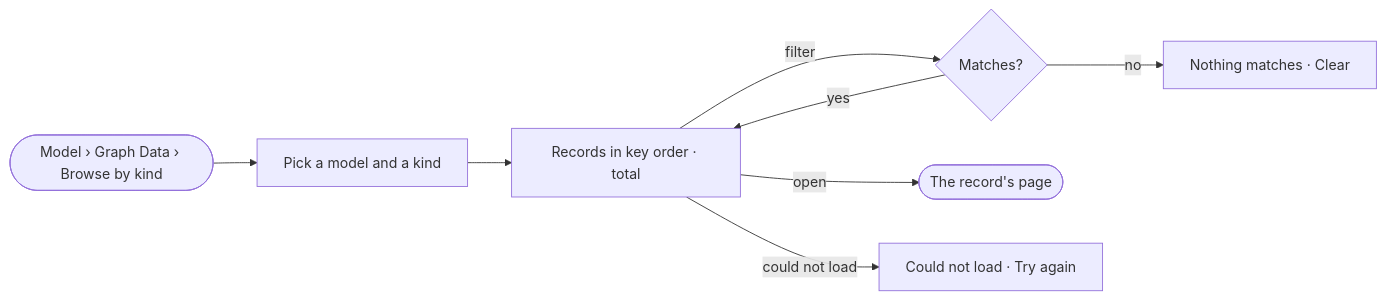
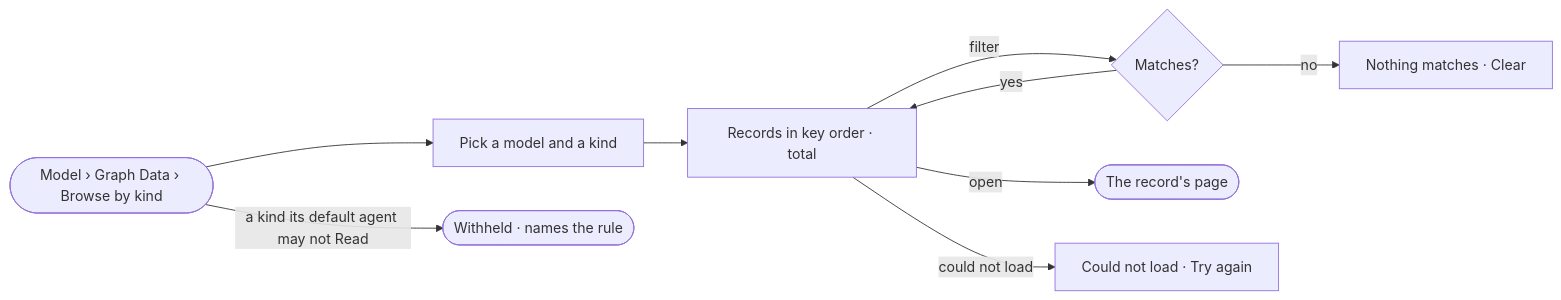
Before and after one commit to invana/invana: the diagram in specs/capabilities/records/features/RC-F01-records-by-kind/stories/RC-01-browse-the-records-of-a-kind/story.md, drawn with Mermaid. The commit also changed other lines of this file and 54 other files, not shown here.

First line of the commit message:
docs(specs): many graph databases by access, links within one database, Model views restored

````diff
--- a/specs/capabilities/records/features/RC-F01-records-by-kind/stories/RC-01-browse-the-records-of-a-kind/story.md
+++ b/specs/capabilities/records/features/RC-F01-records-by-kind/stories/RC-01-browse-the-records-of-a-kind/story.md
@@ -27,9 +27,10 @@
 ```mermaid
 flowchart LR
   a([Model › Graph Data › Browse by kind]) --> k[Pick a model and a kind] --> l[Records in key order · total]
   l -->|filter| fl{Matches?}
   fl -->|no| ef[Nothing matches · Clear]
   fl -->|yes| l
   l -->|open| r([The record's page])
   l -->|could not load| f[Could not load · Try again]
+  a -->|a kind its default agent may not Read| w([Withheld · names the rule])
 ```
````
